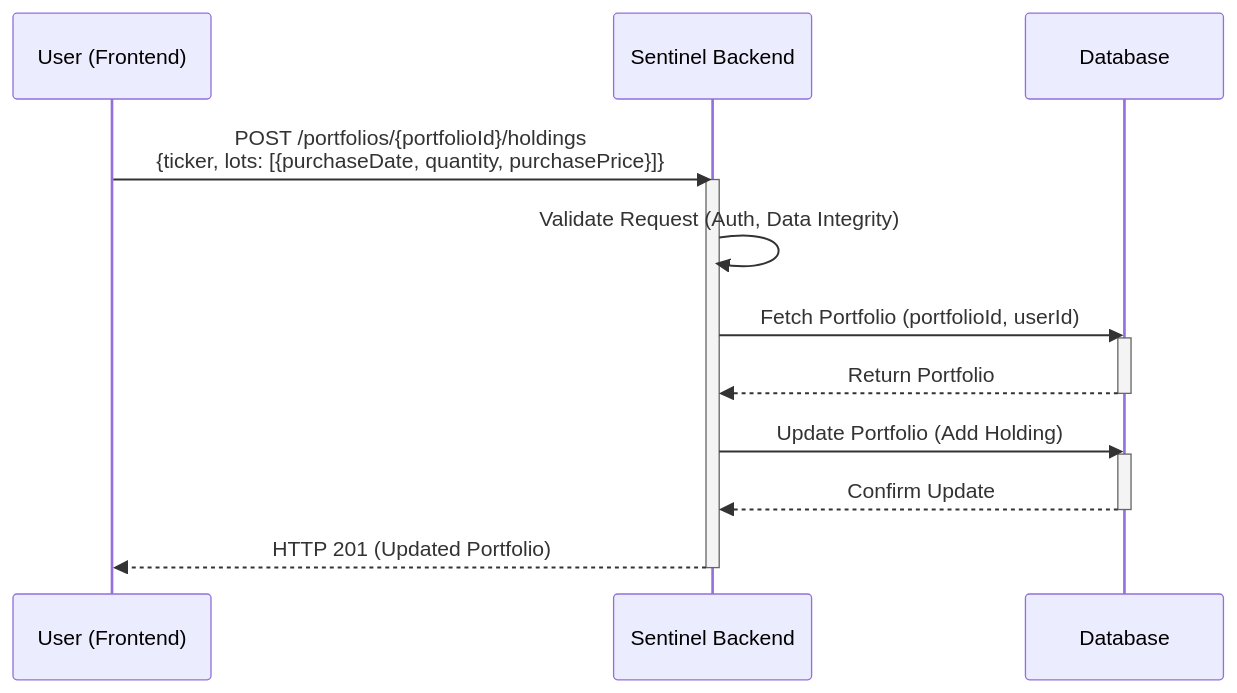
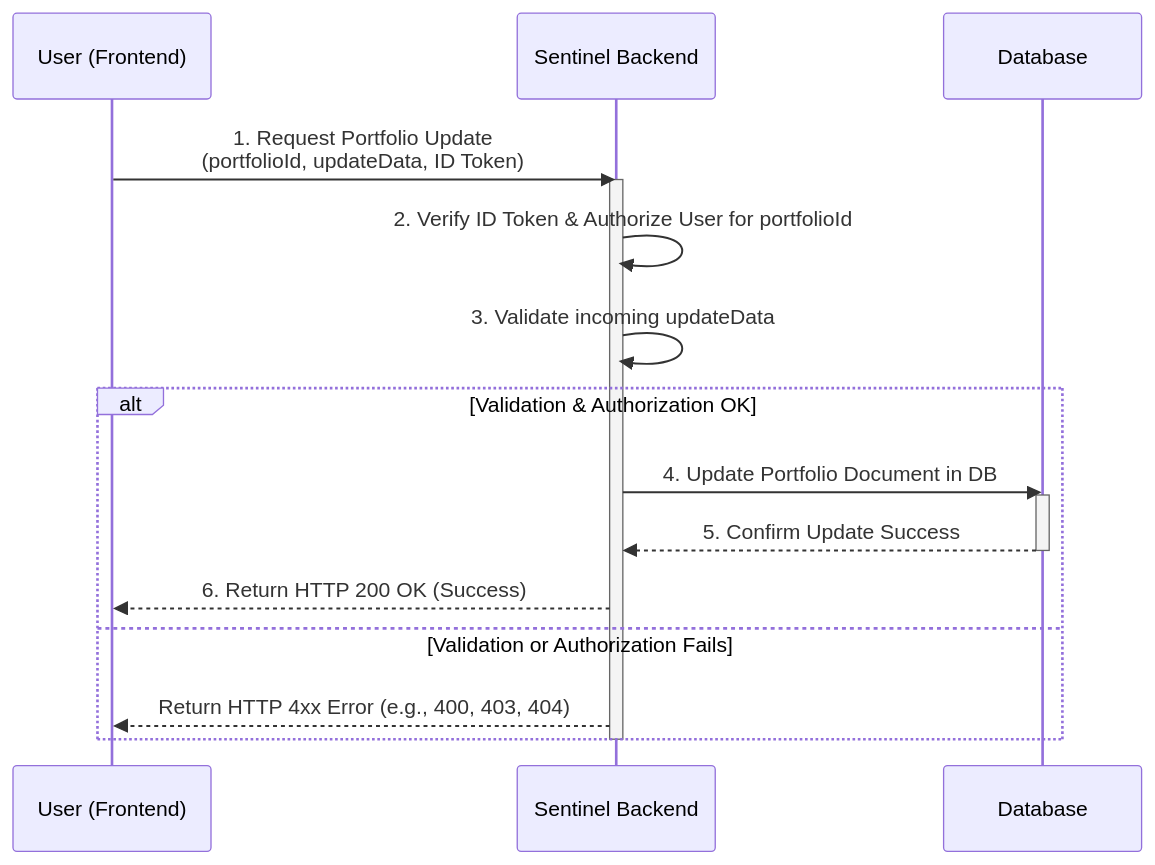
The fourth of 11 diagrams in product_spec.md (enzhao/Sentinel), drawn with Mermaid before and after one commit. The commit also changed other lines of this file and 7 other files, not shown here.

````diff
--- a/product_spec.md
+++ b/product_spec.md
@@ -89,19 +279,22 @@
 ```mermaid
 sequenceDiagram
     participant User as User (Frontend)
     participant Sentinel as Sentinel Backend
     participant DB as Database
-    User->>Sentinel: POST /portfolios/{portfolioId}/holdings <br> {ticker, lots: [{purchaseDate, quantity, purchasePrice}]}
+
+    User->>Sentinel: 1. Request Portfolio Update<br> (portfolioId, updateData, ID Token)
     activate Sentinel
-    Sentinel->>Sentinel: Validate Request (Auth, Data Integrity)
-    Sentinel->>DB: Fetch Portfolio (portfolioId, userId)
-    activate DB
-    DB-->>Sentinel: Return Portfolio
-    deactivate DB
-    Sentinel->>DB: Update Portfolio (Add Holding)
-    activate DB
-    DB-->>Sentinel: Confirm Update
-    deactivate DB
-    Sentinel-->>User: HTTP 201 (Updated Portfolio)
+    Sentinel->>Sentinel: 2. Verify ID Token & Authorize User for portfolioId
+    Sentinel->>Sentinel: 3. Validate incoming updateData
+    
+    alt Validation & Authorization OK
+        Sentinel->>DB: 4. Update Portfolio Document in DB
+        activate DB
+        DB-->>Sentinel: 5. Confirm Update Success
+        deactivate DB
+        Sentinel-->>User: 6. Return HTTP 200 OK (Success)
+    else Validation or Authorization Fails
+        Sentinel-->>User: Return HTTP 4xx Error (e.g., 400, 403, 404)
+    end
     deactivate Sentinel
 ```
````
